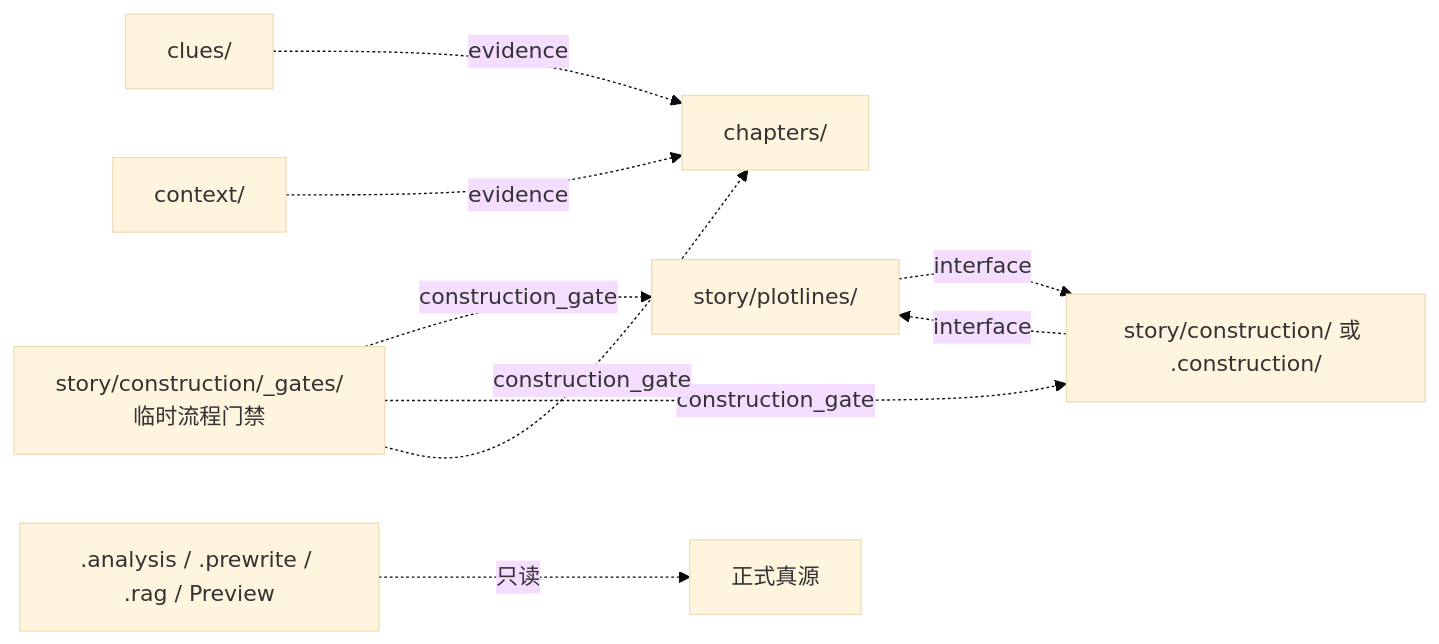
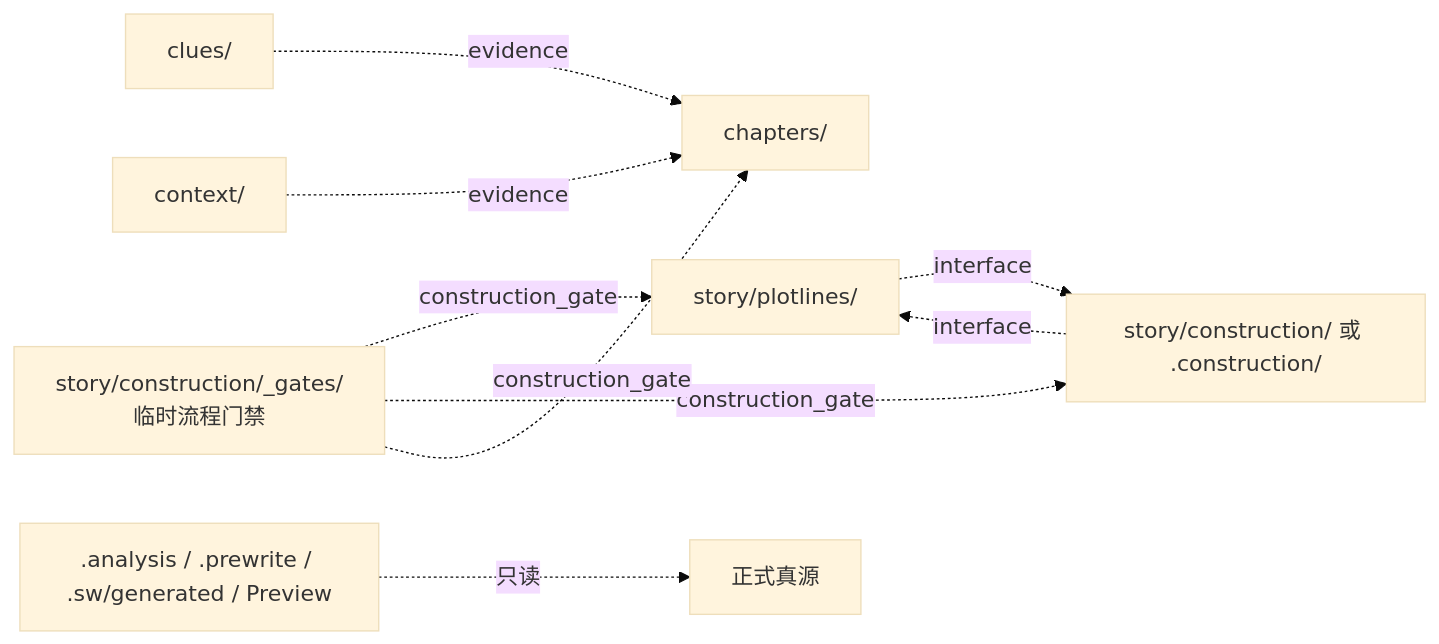
The second of 3 diagrams in zen/references.md (zevwings/story-stars), drawn with Mermaid (base theme) before and after one commit. The commit also changed other lines of this file and 336 other files, not shown here.

````diff
--- a/zen/references.md
+++ b/zen/references.md
@@ -64,20 +64,20 @@
 ```mermaid
 flowchart LR
     Plotline["story/plotlines/"]
     Construction["story/construction/ 或 .construction/"]
     Chapter["chapters/"]
     Clue["clues/"]
     Context["context/"]
     Gate["story/construction/_gates/<br/>临时流程门禁"]
     Formal["正式真源"]
-    Derived[".analysis / .prewrite / .rag / Preview"]
+    Derived[".analysis / .prewrite / .sw/generated / Preview"]
 
     Plotline -. "interface" .-> Construction
     Construction -. "interface" .-> Plotline
     Clue -. "evidence" .-> Chapter
     Context -. "evidence" .-> Chapter
     Gate -. "construction_gate" .-> Plotline
     Gate -. "construction_gate" .-> Construction
     Gate -. "construction_gate" .-> Chapter
     Derived -. "只读" .-> Formal
 ```
````
